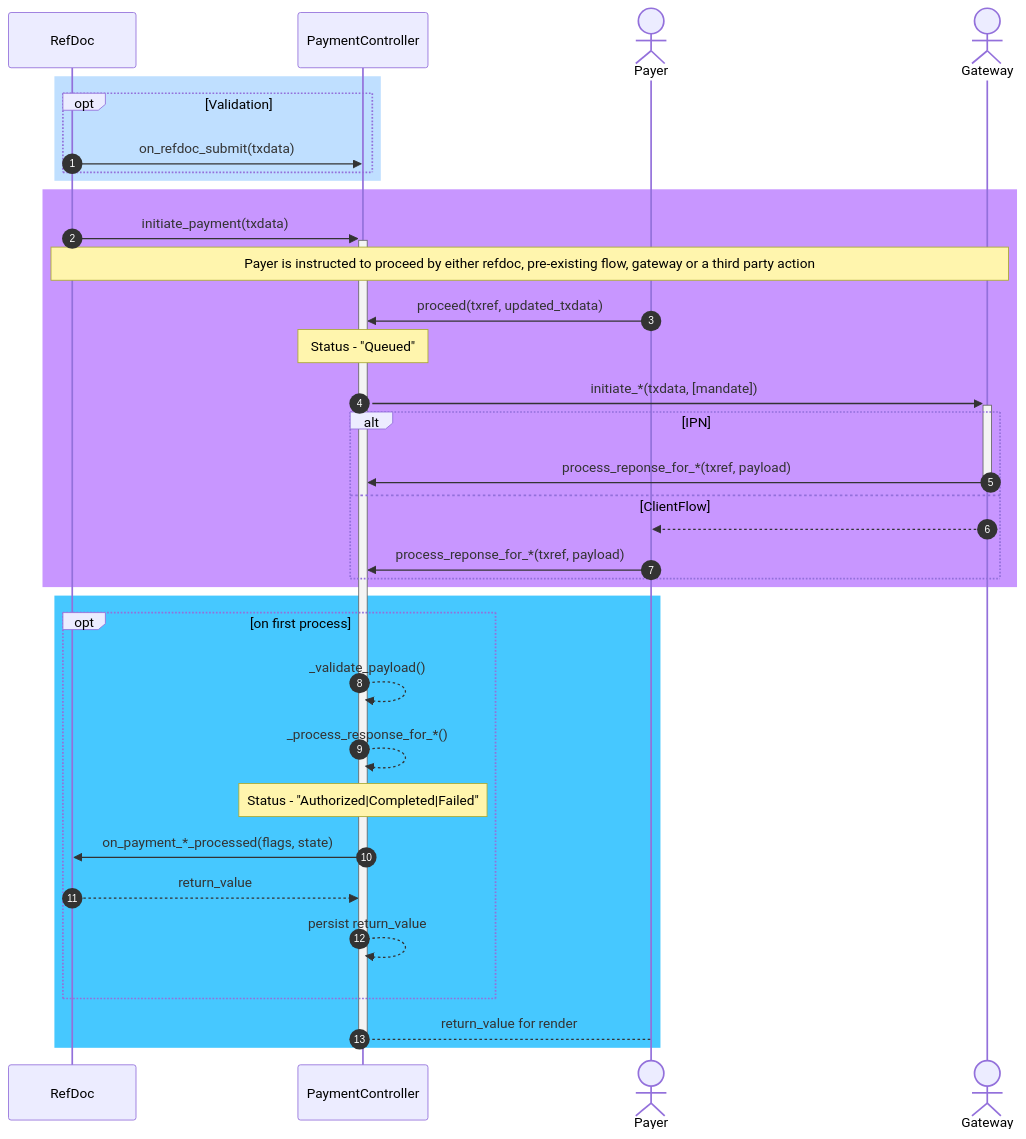
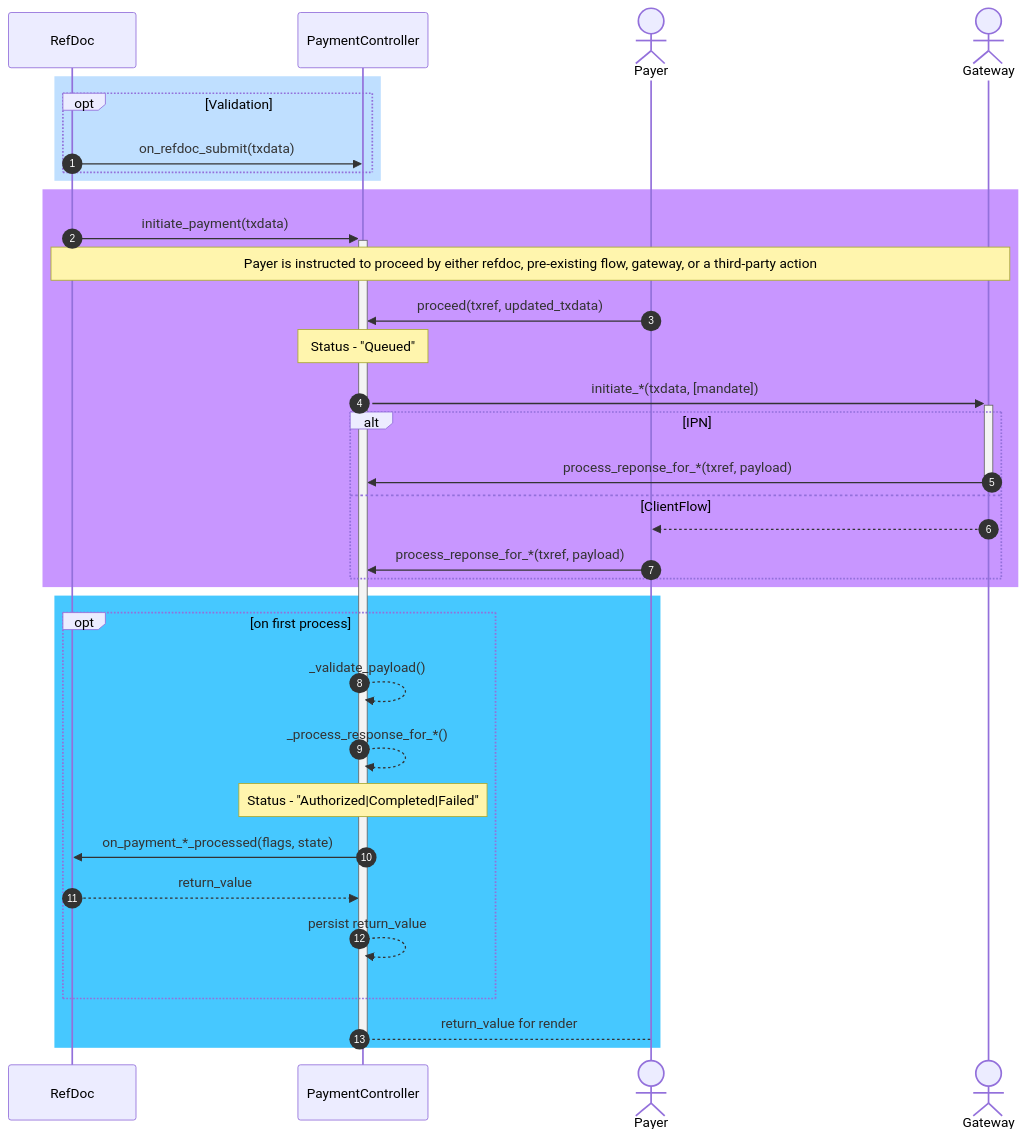
Before and after one commit to blaggacao/payments: the diagram in ARCHITECTURE.md, drawn with Mermaid. The commit also changed other lines of this file, not shown here.

Commit message:
style: proofread architecture doc

````diff
--- a/ARCHITECTURE.md
+++ b/ARCHITECTURE.md
@@ -70,37 +68,37 @@
 ```mermaid
 sequenceDiagram
     participant RefDoc
     participant PaymentController
     actor Payer
     actor Gateway
     autonumber
     rect rgb(191, 223, 255)
     opt Validation
     RefDoc->>PaymentController: on_refdoc_submit(txdata)
     end
     end
     rect rgb(200, 150, 255)
     RefDoc->>+PaymentController: initiate_payment(txdata)
-    Note over RefDoc, Gateway: Payer is instructed to proceed by either refdoc, pre-existing flow, gateway or a third party action
+    Note over RefDoc, Gateway: Payer is instructed to proceed by either refdoc, pre-existing flow, gateway, or a third-party action
     Payer ->> PaymentController: proceed(txref, updated_txdata)
     Note over PaymentController: Status - "Queued"
     PaymentController->>+Gateway: initiate_*(txdata, [mandate])
     alt IPN
         Gateway->>-PaymentController: process_reponse_for_*(txref, payload)
     else ClientFlow
         Gateway-->>Payer: 
         Payer->>PaymentController: process_reponse_for_*(txref, payload)
     end
     end
     rect rgb(70, 200, 255)
     opt on first process
     PaymentController -->> PaymentController: _validate_payload()
     PaymentController -->> PaymentController: _process_response_for_*()
     Note over PaymentController: Status - "Authorized|Completed|Failed"
     PaymentController->>RefDoc: on_payment_*_processed(flags, state)
     RefDoc-->>PaymentController: return_value
     PaymentController -->> PaymentController: persist return_value
     end
     PaymentController -->- Payer: return_value for render
     end
 ```
````
